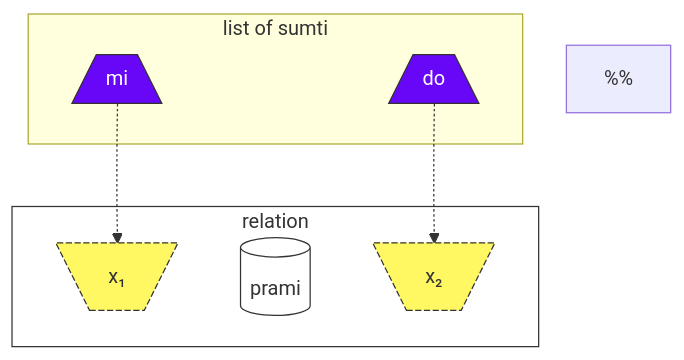
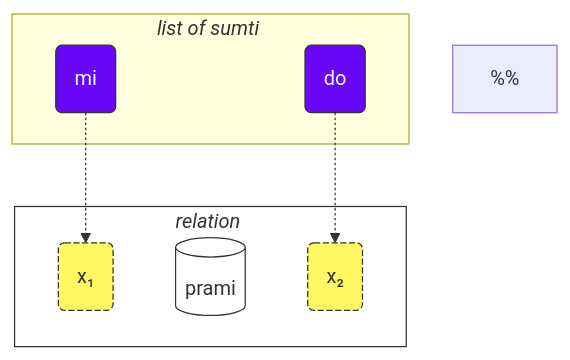
Before and after one commit to La-Lojban/lojban.pw: the second of 3 diagrams in data/pages/books/learn-lojban.md, drawn with Mermaid. The commit also changed other lines of this file, not shown here.

````diff
--- a/data/pages/books/learn-lojban.md
+++ b/data/pages/books/learn-lojban.md
@@ -2257,30 +2257,30 @@
 ```mermaid
 flowchart TB
     %%common settings
-    subgraph bridi["relation"]
-        x1[\"x#8321;"/]
+    subgraph bridi["<i>relation</i>#nbsp;"]
+        x1("x#8321;")
         selbri
-        x2[\"x#8322;"/]
+        x2("x#8322;")
     end
-    subgraph sumti["list of sumti"]
+    subgraph sumti["<i>list of sumti</i>#nbsp;"]
         s1-.->x1
         s2-.->x2
     end
     classDef s fill:#6807F7,stroke:#333,stroke-width:1px,color:#fff;
     class s1 s;
     class s2 s;
     classDef x fill:#FFF863,stroke:#333,stroke-width:1px,stroke-dasharray: 5 2;
     class x1 x;
     class x2 x;
     classDef blabi fill:#fff,stroke:#333;
     class selbri blabi;
     class bridi blabi;
 
     %%
     %% input your sumti:
-    s1[/mi\]
-    s2[/do\]
+    s1(mi)
+    s2(do)
     %% input your selbri
     selbri[(prami)]
 
 ```
````
